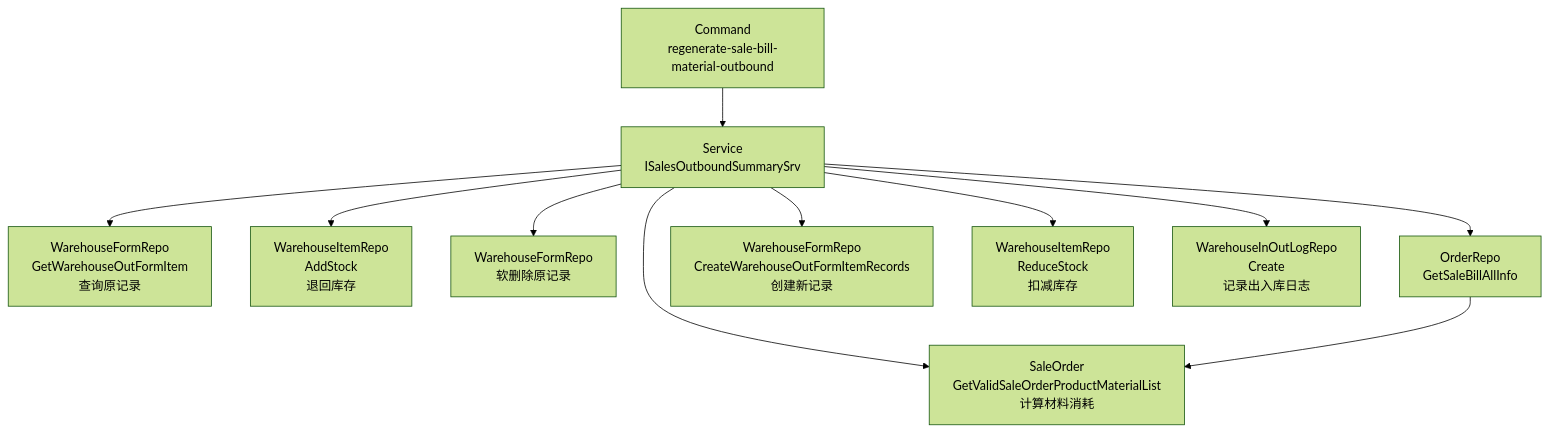
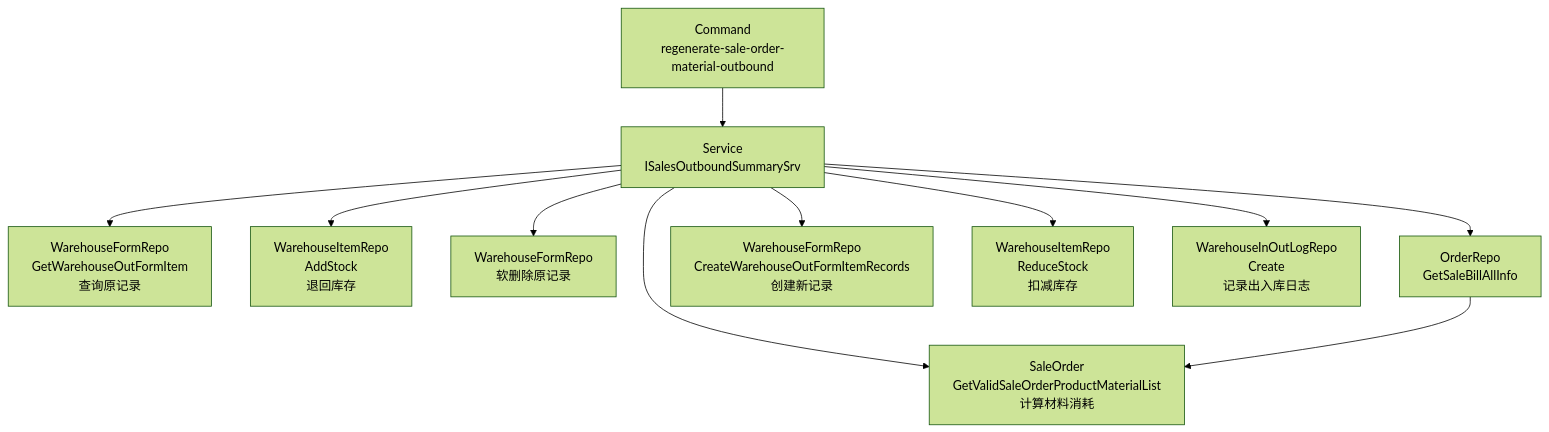
One commit to hitosea/ttpos-server-go changed the first of 3 diagrams in docs/shared/specs/active/story-main-regenerate-sale-bill-material-outbound/design.md. Above: the diagram before and after it, drawn with Mermaid (forest theme). The commit also changed other lines of this file and 5 other files, not shown here.

Commit message:
fix: 修改regenerate-sale-order-material-outbound命令

````diff
--- a/docs/shared/specs/active/story-main-regenerate-sale-bill-material-outbound/design.md
+++ b/docs/shared/specs/active/story-main-regenerate-sale-bill-material-outbound/design.md
@@ -125,13 +125,13 @@
 ```mermaid
 graph TD
-    A[Command<br/>regenerate-sale-bill-material-outbound] --> B[Service<br/>ISalesOutboundSummarySrv]
+    A[Command<br/>regenerate-sale-order-material-outbound] --> B[Service<br/>ISalesOutboundSummarySrv]
     B --> C[WarehouseFormRepo<br/>GetWarehouseOutFormItem<br/>查询原记录]
     B --> D[WarehouseItemRepo<br/>AddStock<br/>退回库存]
     B --> E[WarehouseFormRepo<br/>软删除原记录]
     B --> F[OrderRepo<br/>GetSaleBillAllInfo]
     B --> G[SaleOrder<br/>GetValidSaleOrderProductMaterialList<br/>计算材料消耗]
     B --> H[WarehouseFormRepo<br/>CreateWarehouseOutFormItemRecords<br/>创建新记录]
     B --> I[WarehouseItemRepo<br/>ReduceStock<br/>扣减库存]
     B --> J[WarehouseInOutLogRepo<br/>Create<br/>记录出入库日志]
     F --> G
 ```
````
